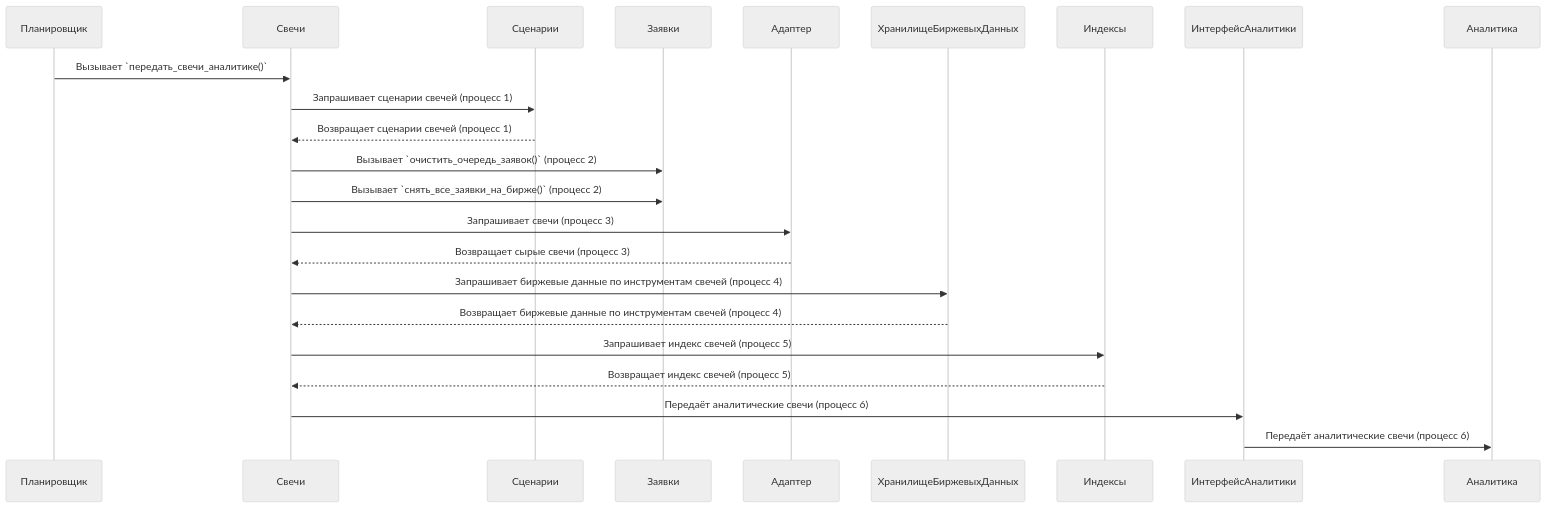
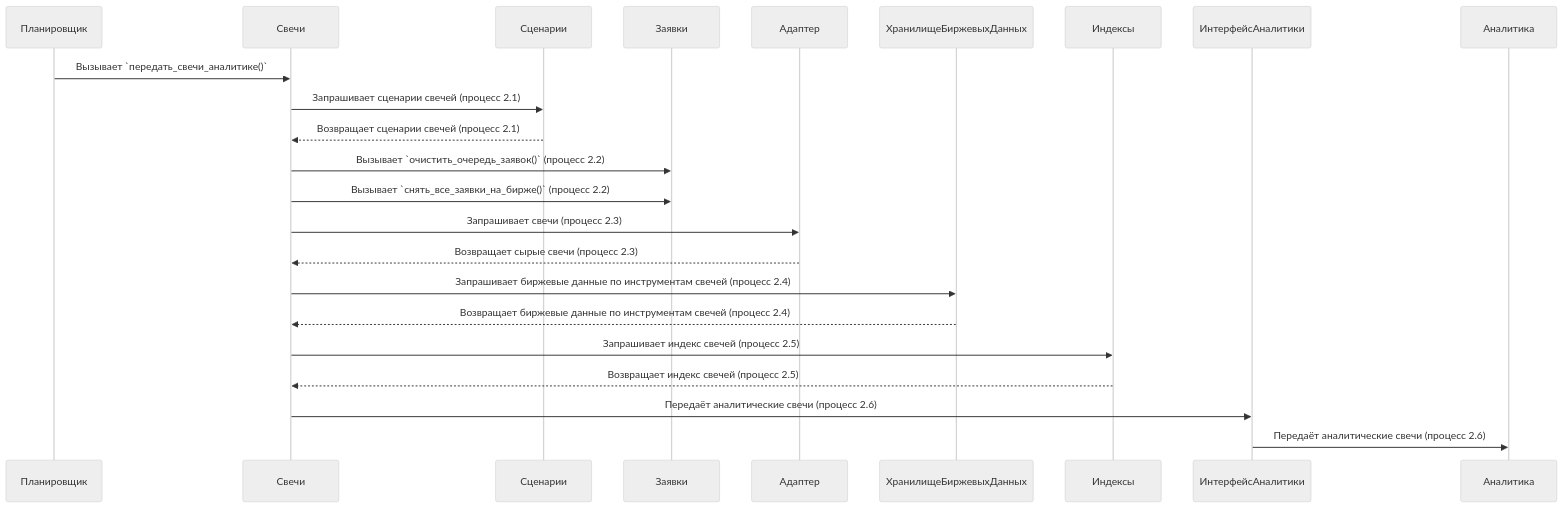
Before and after one commit to Marat22/MiriadRobotDocs: diagram 16 of 22 in robot-logic.md, drawn with Mermaid (neutral theme). The commit also changed other lines of this file, not shown here.

````diff
--- a/robot-logic.md
+++ b/robot-logic.md
@@ -439,17 +440,17 @@
 ```mermaid
 sequenceDiagram
     Планировщик->>Свечи: Вызывает `передать_свечи_аналитике()`
-    Свечи->>Сценарии: Запрашивает сценарии свечей (процесс 1)
-    Сценарии-->>Свечи: Возвращает сценарии свечей (процесс 1)
+    Свечи->>Сценарии: Запрашивает сценарии свечей (процесс 2.1)
+    Сценарии-->>Свечи: Возвращает сценарии свечей (процесс 2.1)
 
-    Свечи->>Заявки: Вызывает `очистить_очередь_заявок()` (процесс 2)
-    Свечи->>Заявки: Вызывает `снять_все_заявки_на_бирже()` (процесс 2)
-    Свечи->>Адаптер: Запрашивает свечи (процесс 3)
-    Адаптер-->>Свечи: Возвращает сырые свечи (процесс 3)
-    Свечи->>ХранилищеБиржевыхДанных: Запрашивает биржевые данные по инструментам свечей (процесс 4)
-    ХранилищеБиржевыхДанных-->>Свечи: Возвращает биржевые данные по инструментам свечей (процесс 4)
-    Свечи->>Индексы: Запрашивает индекс свечей (процесс 5)
-    Индексы-->>Свечи: Возвращает индекс свечей (процесс 5)
-    Свечи->>ИнтерфейсАналитики: Передаёт аналитические свечи (процесс 6)
-    ИнтерфейсАналитики->>Аналитика: Передаёт аналитические свечи (процесс 6)
+    Свечи->>Заявки: Вызывает `очистить_очередь_заявок()` (процесс 2.2)
+    Свечи->>Заявки: Вызывает `снять_все_заявки_на_бирже()` (процесс 2.2)
+    Свечи->>Адаптер: Запрашивает свечи (процесс 2.3)
+    Адаптер-->>Свечи: Возвращает сырые свечи (процесс 2.3)
+    Свечи->>ХранилищеБиржевыхДанных: Запрашивает биржевые данные по инструментам свечей (процесс 2.4)
+    ХранилищеБиржевыхДанных-->>Свечи: Возвращает биржевые данные по инструментам свечей (процесс 2.4)
+    Свечи->>Индексы: Запрашивает индекс свечей (процесс 2.5)
+    Индексы-->>Свечи: Возвращает индекс свечей (процесс 2.5)
+    Свечи->>ИнтерфейсАналитики: Передаёт аналитические свечи (процесс 2.6)
+    ИнтерфейсАналитики->>Аналитика: Передаёт аналитические свечи (процесс 2.6)
 ```
````
